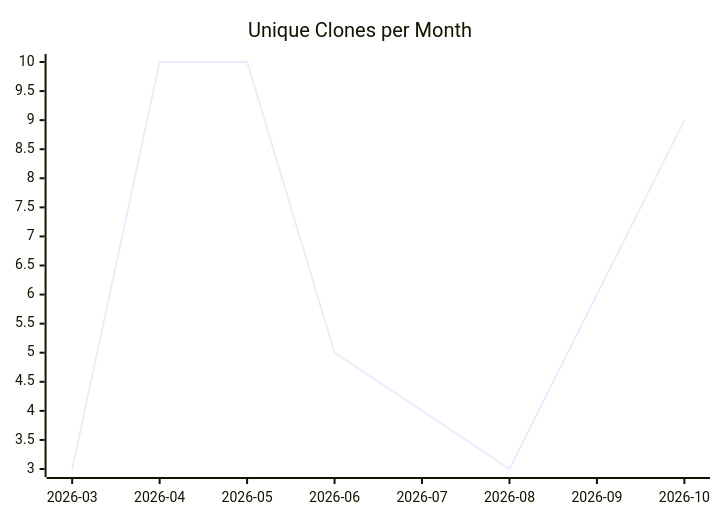
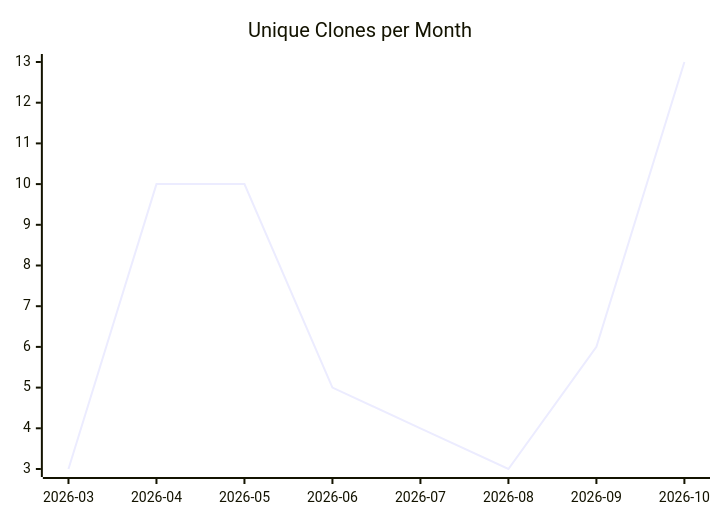
Before and after one commit to justdavis-family/github-analytics-data: the third of 3 diagrams in karlmdavis/can-i-kayak-baltimore/README.md, drawn with Mermaid. The commit also changed other lines of this file and 194 other files, not shown here.

````diff
--- a/karlmdavis/can-i-kayak-baltimore/README.md
+++ b/karlmdavis/can-i-kayak-baltimore/README.md
@@ -19,6 +19,6 @@
 ```mermaid
 xychart-beta
   title "Unique Clones per Month"
   x-axis ["2026-03", "2026-04", "2026-05", "2026-06", "2026-07", "2026-08", "2026-09", "2026-10"]
-  line [3, 10, 10, 5, 4, 3, 6, 9]
+  line [3, 10, 10, 5, 4, 3, 6, 13]
 ```
````
